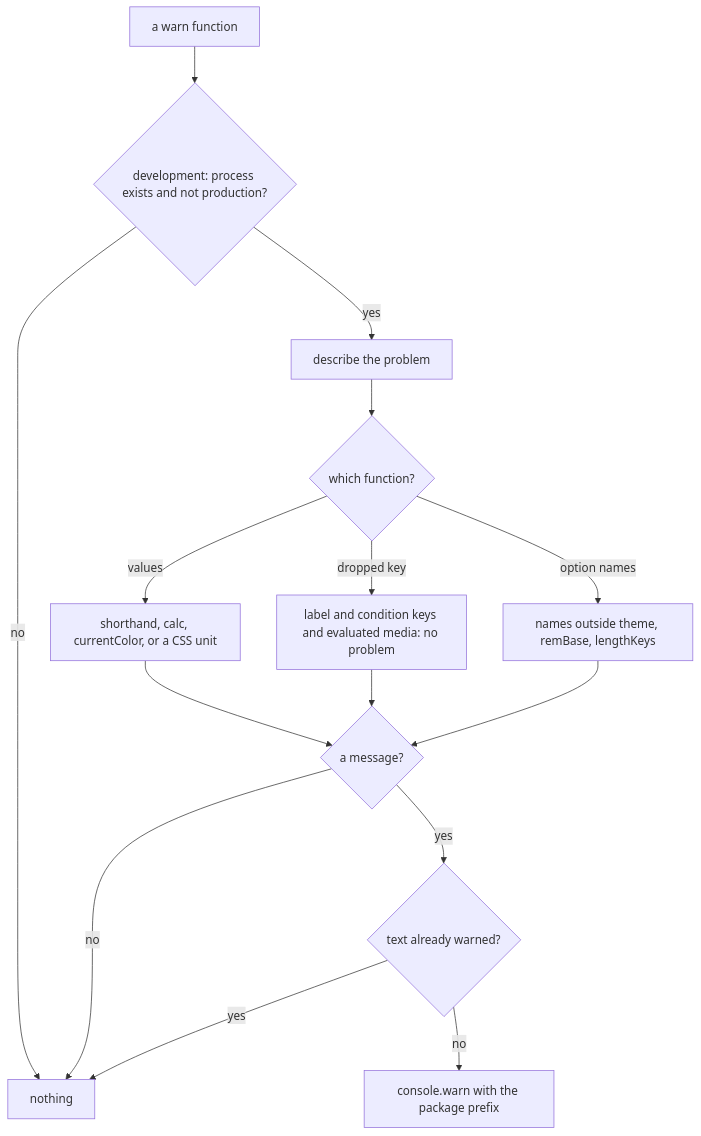
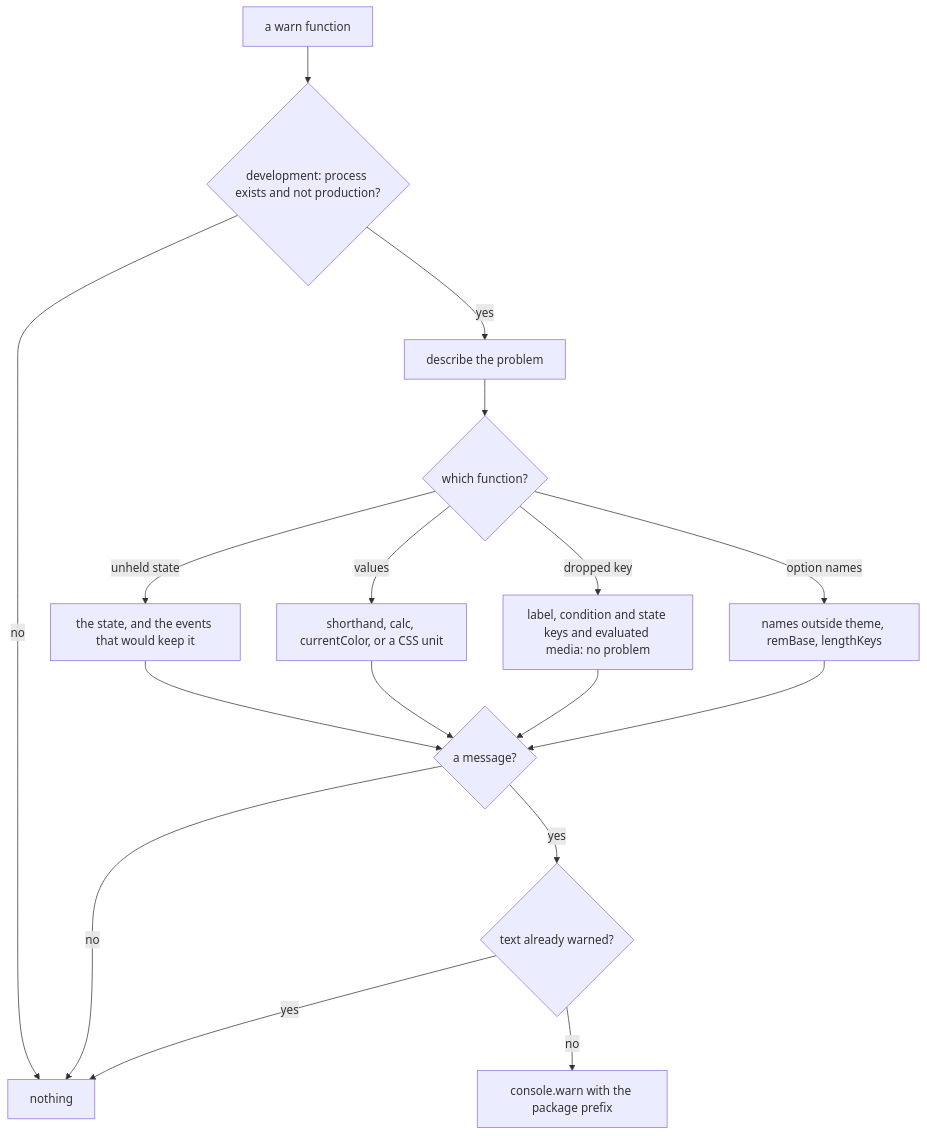
Before and after one commit to soroush-tech/umber-style: the diagram in packages/react-native/src/warnStyle.md, drawn with Mermaid. The commit also changed other lines of this file and 80 other files, not shown here.

````diff
--- a/packages/react-native/src/warnStyle.md
+++ b/packages/react-native/src/warnStyle.md
@@ -19,17 +20,19 @@
 ```mermaid
 flowchart TD
   call["a warn function"] --> dev{"development: process exists and not production?"}
   dev -->|"no"| quiet["nothing"]
   dev -->|"yes"| desc["describe the problem"]
   desc --> kind{"which function?"}
   kind -->|"values"| val["shorthand, calc, currentColor, or a CSS unit"]
-  kind -->|"dropped key"| drop["label and condition keys and evaluated media: no problem"]
+  kind -->|"dropped key"| drop["label, condition and state keys and evaluated media: no problem"]
+  kind -->|"unheld state"| held["the state, and the events that would keep it"]
+  held --> has
   kind -->|"option names"| opt["names outside theme, remBase, lengthKeys"]
   val --> has{"a message?"}
   drop --> has
   opt --> has
   has -->|"no"| quiet
   has -->|"yes"| once{"text already warned?"}
   once -->|"yes"| quiet
   once -->|"no"| emit["console.warn with the package prefix"]
 ```
````
